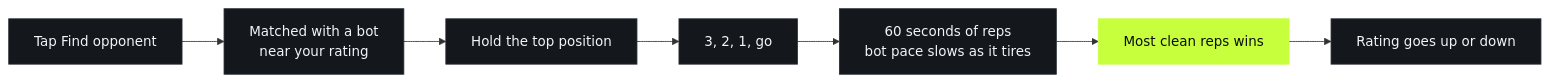
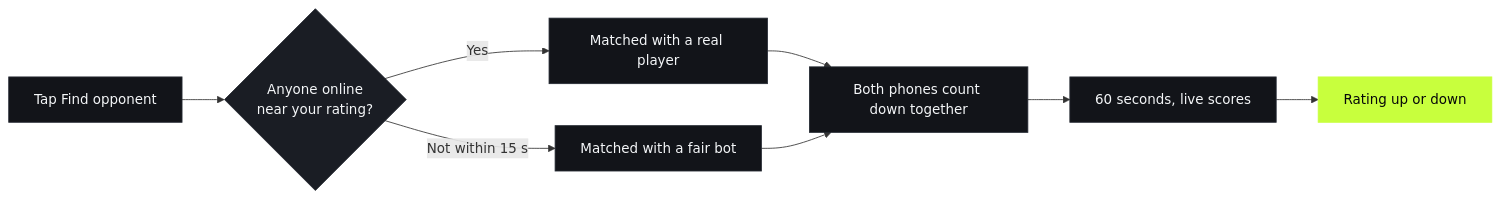
Before and after one commit to F0rger123/weightrank: the second of 2 diagrams in README.md, drawn with Mermaid. The commit also changed other lines of this file and 48 other files, not shown here.

Commit message:
0.2.0: redesign, haptics, animations, friend challenges, live rooms, online matchmaking, iPhone web app

````diff
--- a/README.md
+++ b/README.md
@@ -61,16 +66,16 @@
 ```mermaid
 flowchart LR
-  A["Tap Find opponent"] --> B["Matched with a bot<br/>near your rating"]
-  B --> C["Hold the top position"]
-  C --> D["3, 2, 1, go"]
-  D --> E["60 seconds of reps<br/>bot pace slows as it tires"]
-  E --> F["Most clean reps wins"]
-  F --> G["Rating goes up or down"]
-  style F fill:#C8FF3D,color:#0B0D10,stroke:#C8FF3D
-  style A fill:#14171C,color:#F2F4F7,stroke:#272C35
-  style B fill:#14171C,color:#F2F4F7,stroke:#272C35
-  style C fill:#14171C,color:#F2F4F7,stroke:#272C35
-  style D fill:#14171C,color:#F2F4F7,stroke:#272C35
-  style E fill:#14171C,color:#F2F4F7,stroke:#272C35
-  style G fill:#14171C,color:#F2F4F7,stroke:#272C35
+  A["Tap Find opponent"] --> B{"Anyone online<br/>near your rating?"}
+  B -- "Yes" --> C["Matched with a real player"]
+  B -- "Not within 15 s" --> D["Matched with a fair bot"]
+  C --> E["Both phones count down together"]
+  D --> E
+  E --> F["60 seconds, live scores"]
+  F --> G["Rating up or down"]
+  classDef base fill:#121419,color:#F4F6F8,stroke:#252A33
+  classDef ask fill:#1A1D24,color:#F4F6F8,stroke:#252A33
+  classDef good fill:#C8FF3D,color:#07080A,stroke:#C8FF3D
+  class A,C,D,E,F base
+  class B ask
+  class G good
 ```
````
